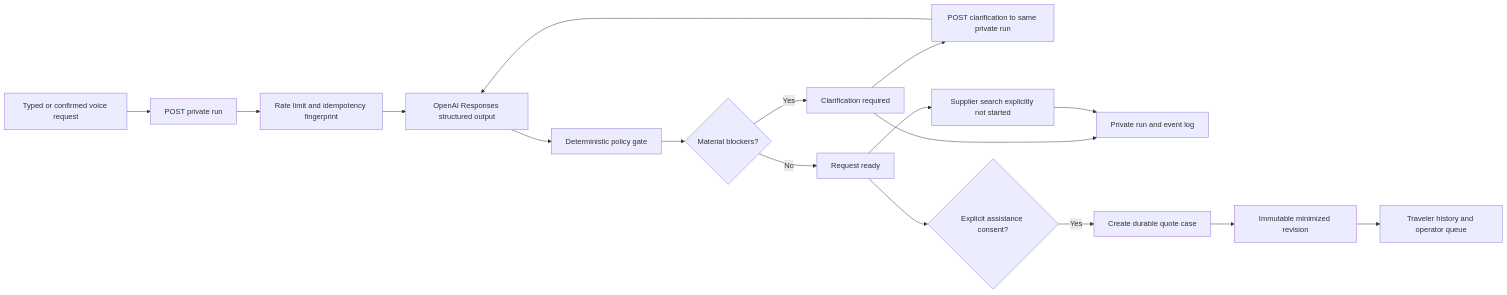
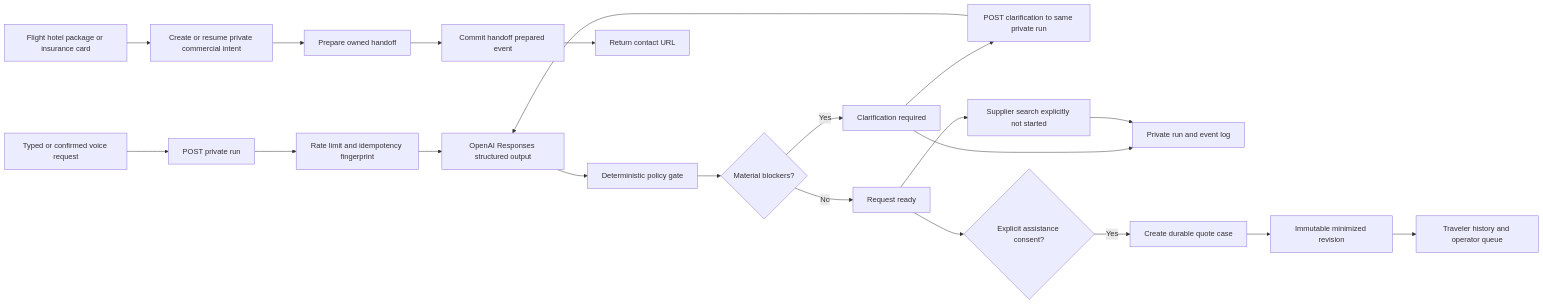
Before and after one commit to The-new-ben/tra-vel-co-il: the diagram in docs/AGENT_CORE.md, drawn with Mermaid. The commit also changed other lines of this file and 382 other files, not shown here.

````diff
--- a/docs/AGENT_CORE.md
+++ b/docs/AGENT_CORE.md
@@ -24,19 +33,23 @@
 ```mermaid
 flowchart LR
     A[Typed or confirmed voice request] --> B[POST private run]
     B --> C[Rate limit and idempotency fingerprint]
     C --> D[OpenAI Responses structured output]
     D --> E[Deterministic policy gate]
     E --> F{Material blockers?}
     F -->|Yes| G[Clarification required]
     F -->|No| H[Request ready]
     G --> K[POST clarification to same private run]
     K --> D
     H --> I[Supplier search explicitly not started]
     G --> J[Private run and event log]
     I --> J
     H --> L{Explicit assistance consent?}
     L -->|Yes| M[Create durable quote case]
     M --> N[Immutable minimized revision]
     N --> O[Traveler history and operator queue]
+    P[Flight hotel package or insurance card] --> Q[Create or resume private commercial intent]
+    Q --> R[Prepare owned handoff]
+    R --> S[Commit handoff prepared event]
+    S --> T[Return contact URL]
 ```
````
